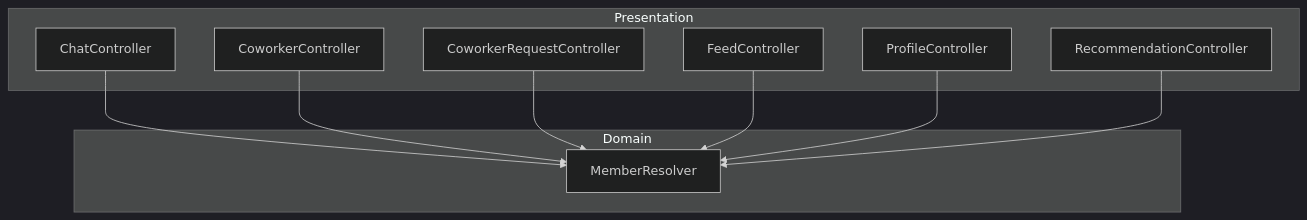
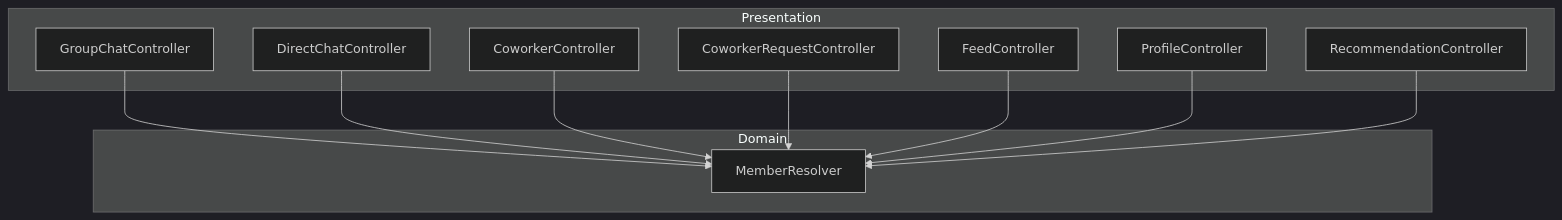
One commit to mortonCareer/bconnect changed the third of 6 diagrams in apps/api/docs/project-structure.md. Above: the diagram before and after it, drawn with Mermaid (dark theme). The commit also changed other lines of this file and 14 other files, not shown here.

Commit message:
refactor(api): Chat 도메인명 Group Chat으로 변경

````diff
--- a/apps/api/docs/project-structure.md
+++ b/apps/api/docs/project-structure.md
@@ -85,21 +85,23 @@
 ```mermaid
 graph TD
   subgraph Presentation
-    ChatC[ChatController]
+    GChatC[GroupChatController]
+    DChatC[DirectChatController]
     CowC[CoworkerController]
     CowRC[CoworkerRequestController]
     FeedC[FeedController]
     ProfC[ProfileController]
     RecC[RecommendationController]
   end
   subgraph Domain
     MemR[MemberResolver]
   end
 
-  ChatC --> MemR
+  GChatC --> MemR
+  DChatC --> MemR
   CowC --> MemR
   CowRC --> MemR
   FeedC --> MemR
   ProfC --> MemR
   RecC --> MemR
 ```
````
